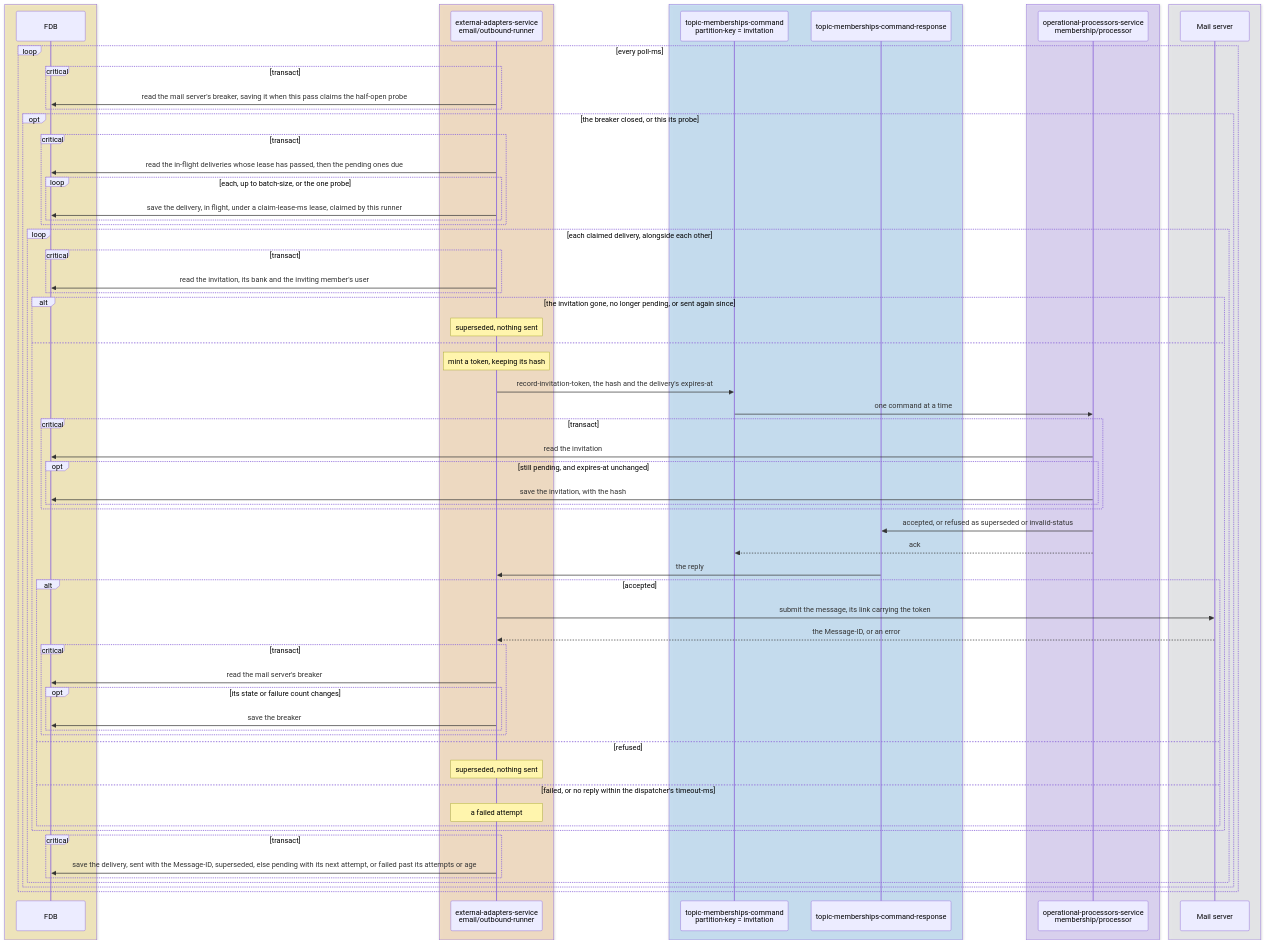
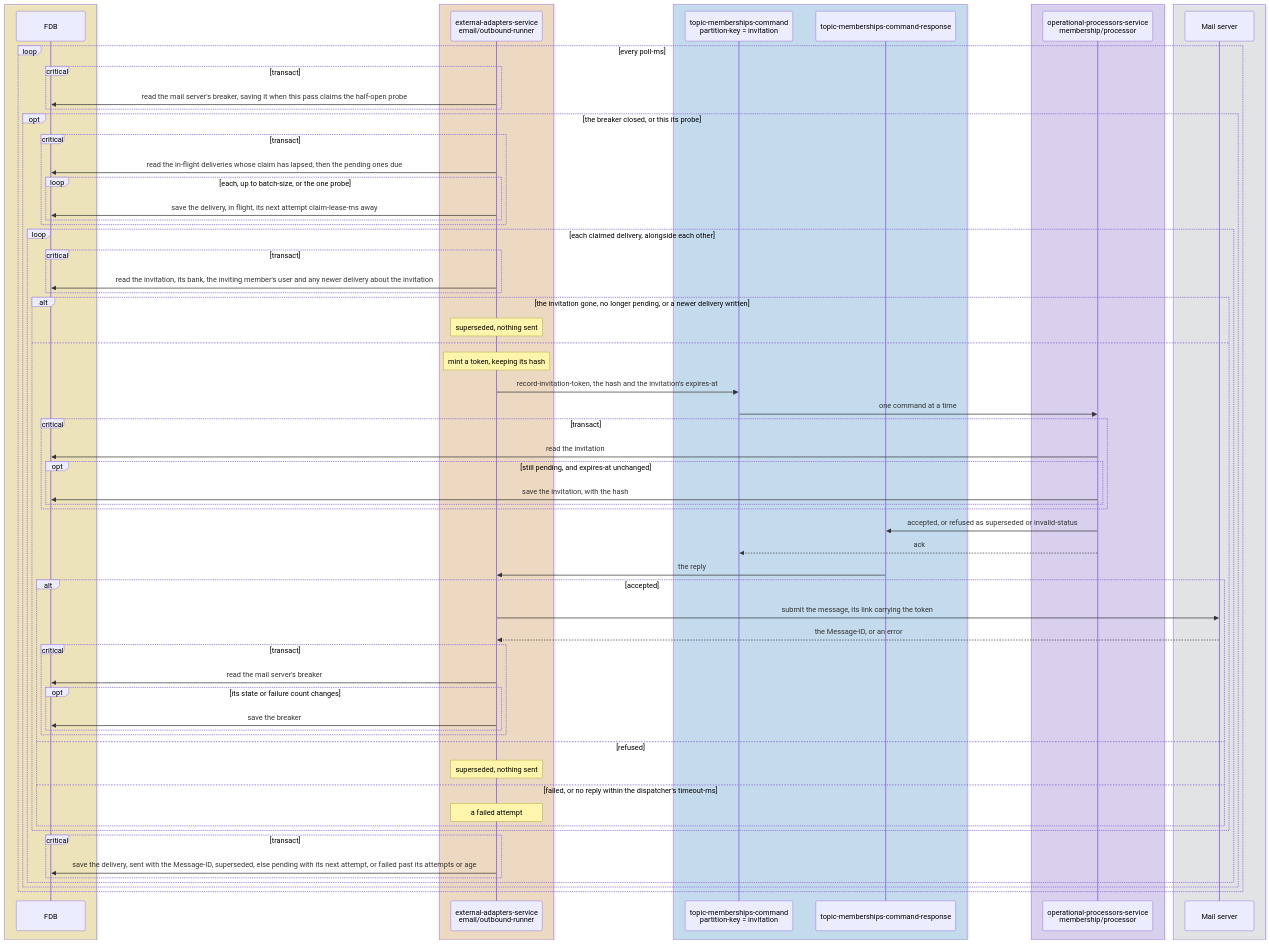
One commit to repldriven/queenswood changed the third of 3 diagrams in docs/tdd/outbound-email.md. Above: the diagram before and after it, drawn with Mermaid. The commit also changed other lines of this file and 14 other files, not shown here.

First line of the commit message:
Make an email delivery a pure email about a subject, its delivery fields in a band of their own

````diff
--- a/docs/tdd/outbound-email.md
+++ b/docs/tdd/outbound-email.md
@@ -139,70 +139,70 @@
 ```mermaid
 sequenceDiagram
     box rgba(255, 236, 153, 0.5)
     participant DB as FDB
     end
     box rgba(255, 216, 168, 0.5)
     participant ER as external-adapters-service<br/>email/outbound-runner
     end
     box rgba(165, 216, 255, 0.45)
     participant MC as topic-memberships-command<br/>partition-key = invitation
     participant MR as topic-memberships-command-response
     end
     box rgba(208, 191, 255, 0.45)
     participant MP as operational-processors-service<br/>membership/processor
     end
     box rgba(233, 236, 239, 0.5)
     participant X as Mail server
     end
     loop every poll-ms
     critical transact
     ER->>DB: read the mail server's breaker, saving it when this pass claims the half-open probe
     end
     opt the breaker closed, or this its probe
     critical transact
-    ER->>DB: read the in-flight deliveries whose lease has passed, then the pending ones due
+    ER->>DB: read the in-flight deliveries whose claim has lapsed, then the pending ones due
     loop each, up to batch-size, or the one probe
-    ER->>DB: save the delivery, in flight, under a claim-lease-ms lease, claimed by this runner
+    ER->>DB: save the delivery, in flight, its next attempt claim-lease-ms away
     end
     end
     loop each claimed delivery, alongside each other
     critical transact
-    ER->>DB: read the invitation, its bank and the inviting member's user
+    ER->>DB: read the invitation, its bank, the inviting member's user and any newer delivery about the invitation
     end
-    alt the invitation gone, no longer pending, or sent again since
+    alt the invitation gone, no longer pending, or a newer delivery written
     Note over ER: superseded, nothing sent
     else
     Note over ER: mint a token, keeping its hash
-    ER->>MC: record-invitation-token, the hash and the delivery's expires-at
+    ER->>MC: record-invitation-token, the hash and the invitation's expires-at
     MC->>MP: one command at a time
     critical transact
     MP->>DB: read the invitation
     opt still pending, and expires-at unchanged
     MP->>DB: save the invitation, with the hash
     end
     end
     MP->>MR: accepted, or refused as superseded or invalid-status
     MP-->>MC: ack
     MR->>ER: the reply
     alt accepted
     ER->>X: submit the message, its link carrying the token
     X-->>ER: the Message-ID, or an error
     critical transact
     ER->>DB: read the mail server's breaker
     opt its state or failure count changes
     ER->>DB: save the breaker
     end
     end
     else refused
     Note over ER: superseded, nothing sent
     else failed, or no reply within the dispatcher's timeout-ms
     Note over ER: a failed attempt
     end
     end
     critical transact
     ER->>DB: save the delivery, sent with the Message-ID, superseded, else pending with its next attempt, or failed past its attempts or age
     end
     end
     end
     end
 ```
````
